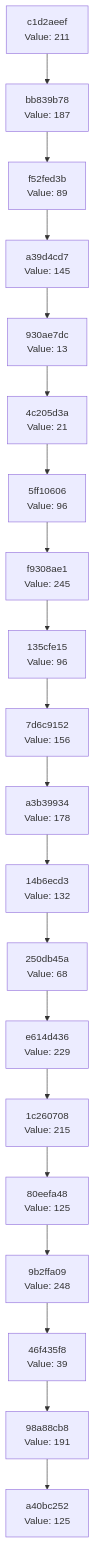
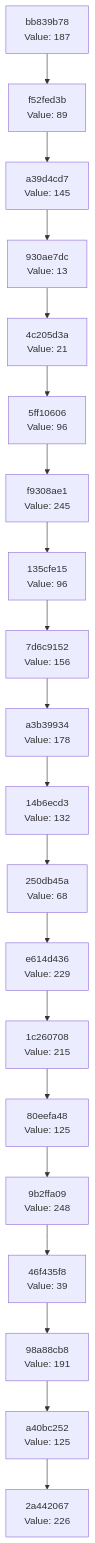
Before and after one commit to Abhisheksinha1506/hash-chain-evolver: the diagram in docs/CHAIN_VISUALIZATION.md, drawn with Mermaid. The commit also changed 3 other files, not shown here.

````diff
--- a/docs/CHAIN_VISUALIZATION.md
+++ b/docs/CHAIN_VISUALIZATION.md
@@ -3,42 +3,42 @@
 ```mermaid
 graph TD
-    C0["a40bc252<br/>Value: 125"]
-    C1["98a88cb8<br/>Value: 191"]
+    C0["2a442067<br/>Value: 226"]
+    C1["a40bc252<br/>Value: 125"]
     C1 --> C0
-    C2["46f435f8<br/>Value: 39"]
+    C2["98a88cb8<br/>Value: 191"]
     C2 --> C1
-    C3["9b2ffa09<br/>Value: 248"]
+    C3["46f435f8<br/>Value: 39"]
     C3 --> C2
-    C4["80eefa48<br/>Value: 125"]
+    C4["9b2ffa09<br/>Value: 248"]
     C4 --> C3
-    C5["1c260708<br/>Value: 215"]
+    C5["80eefa48<br/>Value: 125"]
     C5 --> C4
-    C6["e614d436<br/>Value: 229"]
+    C6["1c260708<br/>Value: 215"]
     C6 --> C5
-    C7["250db45a<br/>Value: 68"]
+    C7["e614d436<br/>Value: 229"]
     C7 --> C6
-    C8["14b6ecd3<br/>Value: 132"]
+    C8["250db45a<br/>Value: 68"]
     C8 --> C7
-    C9["a3b39934<br/>Value: 178"]
+    C9["14b6ecd3<br/>Value: 132"]
     C9 --> C8
-    C10["7d6c9152<br/>Value: 156"]
+    C10["a3b39934<br/>Value: 178"]
     C10 --> C9
-    C11["135cfe15<br/>Value: 96"]
+    C11["7d6c9152<br/>Value: 156"]
     C11 --> C10
-    C12["f9308ae1<br/>Value: 245"]
+    C12["135cfe15<br/>Value: 96"]
     C12 --> C11
-    C13["5ff10606<br/>Value: 96"]
+    C13["f9308ae1<br/>Value: 245"]
     C13 --> C12
-    C14["4c205d3a<br/>Value: 21"]
+    C14["5ff10606<br/>Value: 96"]
     C14 --> C13
-    C15["930ae7dc<br/>Value: 13"]
+    C15["4c205d3a<br/>Value: 21"]
     C15 --> C14
-    C16["a39d4cd7<br/>Value: 145"]
+    C16["930ae7dc<br/>Value: 13"]
     C16 --> C15
-    C17["f52fed3b<br/>Value: 89"]
+    C17["a39d4cd7<br/>Value: 145"]
     C17 --> C16
-    C18["bb839b78<br/>Value: 187"]
+    C18["f52fed3b<br/>Value: 89"]
     C18 --> C17
-    C19["c1d2aeef<br/>Value: 211"]
+    C19["bb839b78<br/>Value: 187"]
     C19 --> C18
 ```
````
